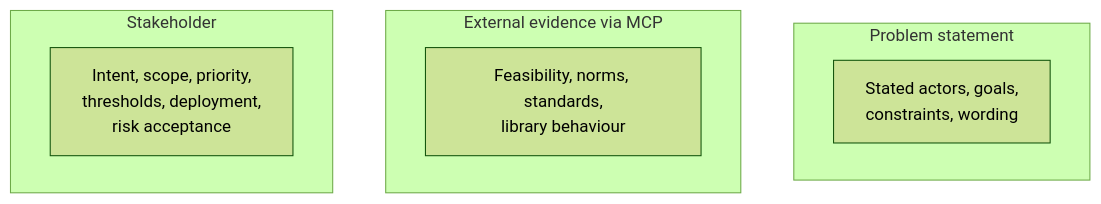
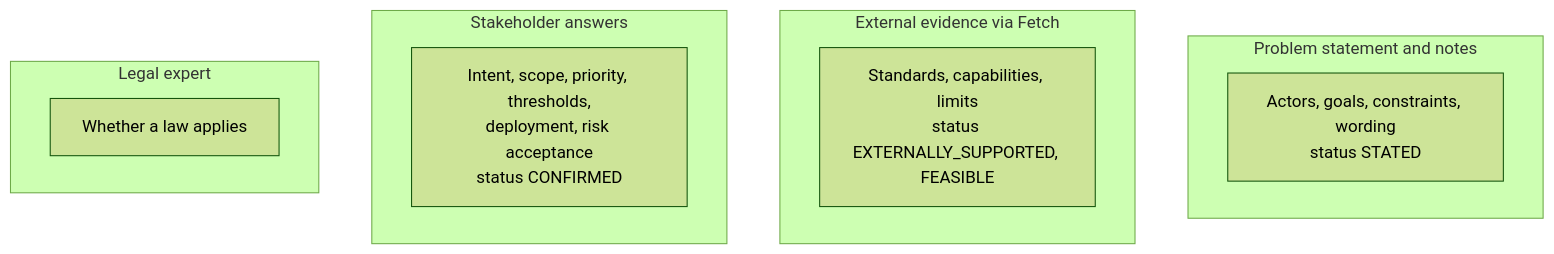
One commit to Anilkumark17/MCP-Skill-integration changed the seventh of 12 diagrams in README.md. Above: the diagram before and after it, drawn with Mermaid (forest theme). The commit also changed other lines of this file and 15 other files, not shown here.

````diff
--- a/README.md
+++ b/README.md
@@ -74,12 +159,15 @@
 ```mermaid
 flowchart TB
-    subgraph PS[Problem statement]
-        P1[Stated actors, goals,<br/>constraints, wording]
+    subgraph PS["Problem statement and notes"]
+        P1["Actors, goals, constraints, wording<br/>status STATED"]
     end
-    subgraph EX[External evidence via MCP]
-        E1[Feasibility, norms, standards,<br/>library behaviour]
+    subgraph EX["External evidence via Fetch"]
+        E1["Standards, capabilities, limits<br/>status EXTERNALLY_SUPPORTED, FEASIBLE"]
     end
-    subgraph SH[Stakeholder]
-        S1[Intent, scope, priority,<br/>thresholds, deployment,<br/>risk acceptance]
+    subgraph SH["Stakeholder answers"]
+        S1["Intent, scope, priority, thresholds,<br/>deployment, risk acceptance<br/>status CONFIRMED"]
+    end
+    subgraph LG["Legal expert"]
+        L1["Whether a law applies"]
     end
 ```
````
